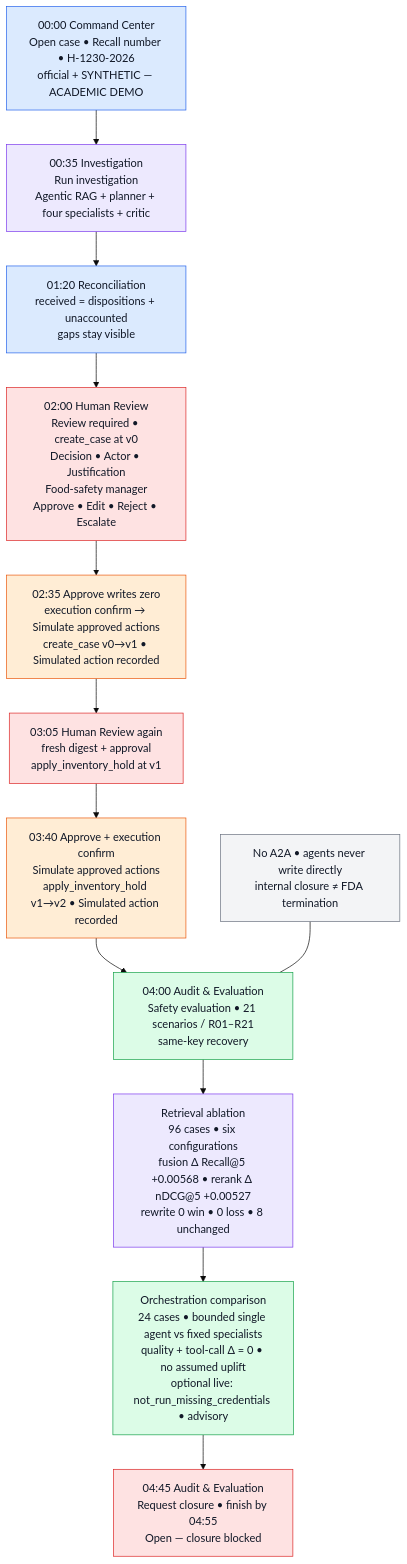
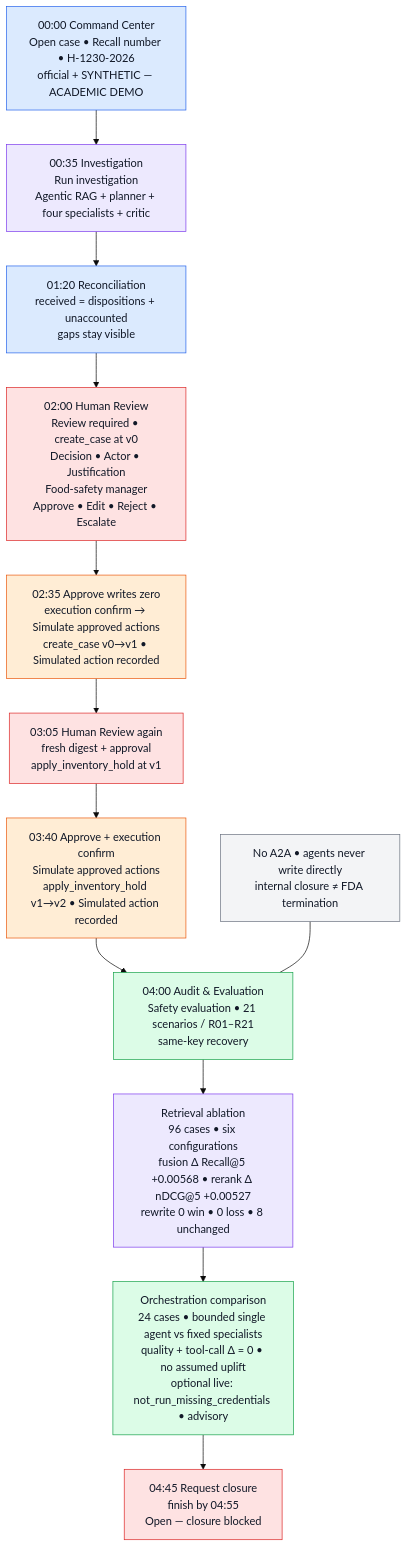
The diagram in docs/images/07_demo_story.mmd (nagarjunakanamarlapudi/reacall-agents), drawn with Mermaid (base theme) before and after one commit. The commit also changed 8 other files, not shown here.

```diff
--- a/docs/images/07_demo_story.mmd
+++ b/docs/images/07_demo_story.mmd
@@ -1,22 +1,22 @@
 flowchart TB
   classDef step fill:#dbeafe,stroke:#2563eb,color:#111827
   classDef agent fill:#ede9fe,stroke:#7c3aed,color:#111827
   classDef human fill:#fee2e2,stroke:#dc2626,color:#111827
   classDef action fill:#ffedd5,stroke:#ea580c,color:#111827
   classDef safe fill:#dcfce7,stroke:#16a34a,color:#111827
   classDef block fill:#f3f4f6,stroke:#6b7280,color:#111827
 
   A["00:00 Command Center<br/>Open case • Recall number • H-1230-2026<br/>official + SYNTHETIC — ACADEMIC DEMO"]:::step
   B["00:35 Investigation<br/>Run investigation<br/>Agentic RAG + planner + four specialists + critic"]:::agent
   C["01:20 Reconciliation<br/>received = dispositions + unaccounted<br/>gaps stay visible"]:::step
   D["02:00 Human Review<br/>Review required • create_case at v0<br/>Decision • Actor • Justification<br/>Food-safety manager<br/>Approve • Edit • Reject • Escalate"]:::human
   E["02:35 Approve writes zero<br/>execution confirm → Simulate approved actions<br/>create_case v0→v1 • Simulated action recorded"]:::action
   F["03:05 Human Review again<br/>fresh digest + approval<br/>apply_inventory_hold at v1"]:::human
   G["03:40 Approve + execution confirm<br/>Simulate approved actions<br/>apply_inventory_hold v1→v2 • Simulated action recorded"]:::action
   H["04:00 Audit & Evaluation<br/>Safety evaluation • 21 scenarios / R01–R21<br/>same-key recovery"]:::safe
   J["Retrieval ablation<br/>96 cases • six configurations<br/>fusion Δ Recall@5 +0.00568 • rerank Δ nDCG@5 +0.00527<br/>rewrite 0 win • 0 loss • 8 unchanged"]:::agent
   K["Orchestration comparison<br/>24 cases • bounded single agent vs fixed specialists<br/>quality + tool-call Δ = 0 • no assumed uplift<br/>optional live: not_run_missing_credentials • advisory"]:::safe
-  I["04:45 Audit & Evaluation<br/>Request closure • finish by 04:55<br/>Open — closure blocked"]:::human
+  I["04:45 Request closure<br/>finish by 04:55<br/>Open — closure blocked"]:::human
 
   A --> B --> C --> D --> E --> F --> G --> H --> J --> K --> I
   NOTE["No A2A • agents never write directly<br/>internal closure ≠ FDA termination"]:::block --- H
```
